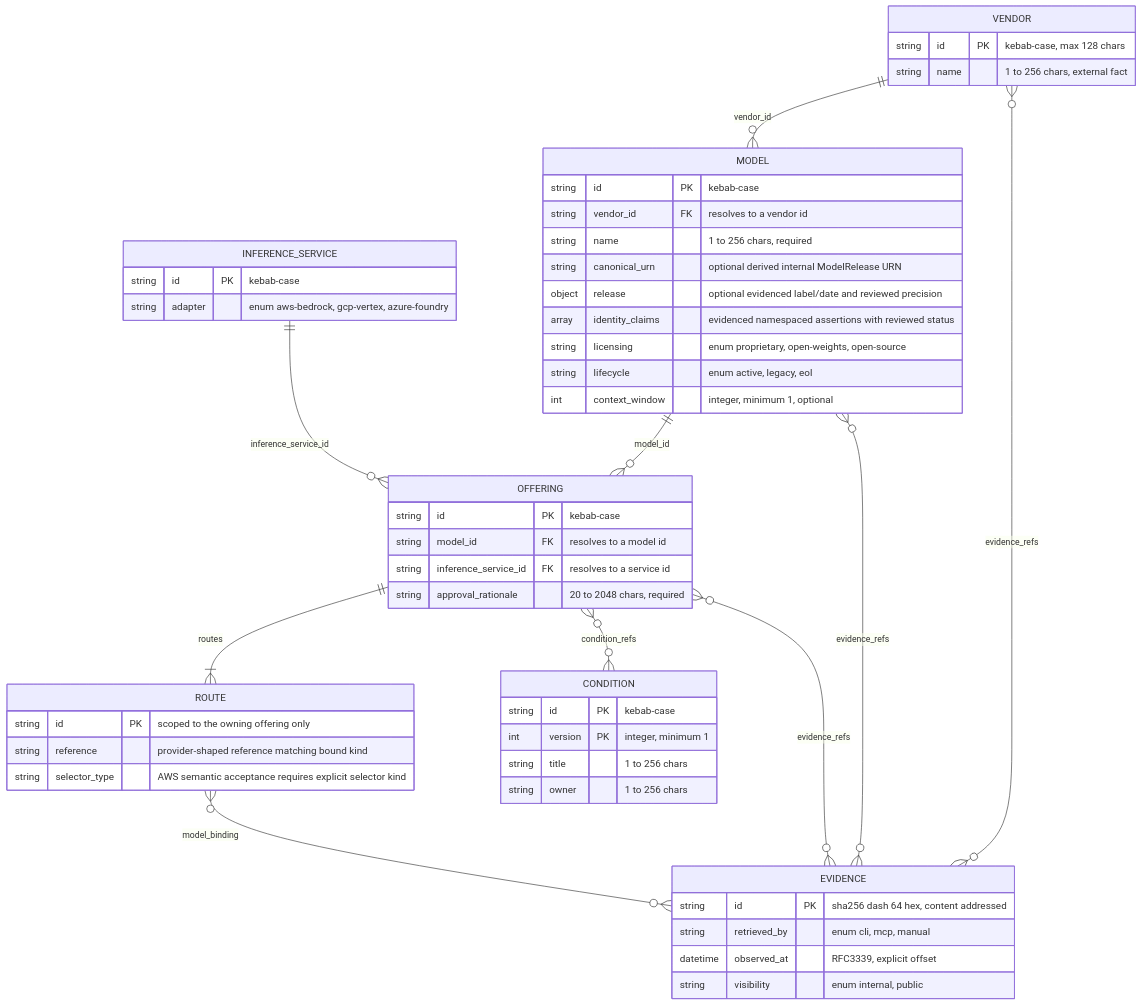
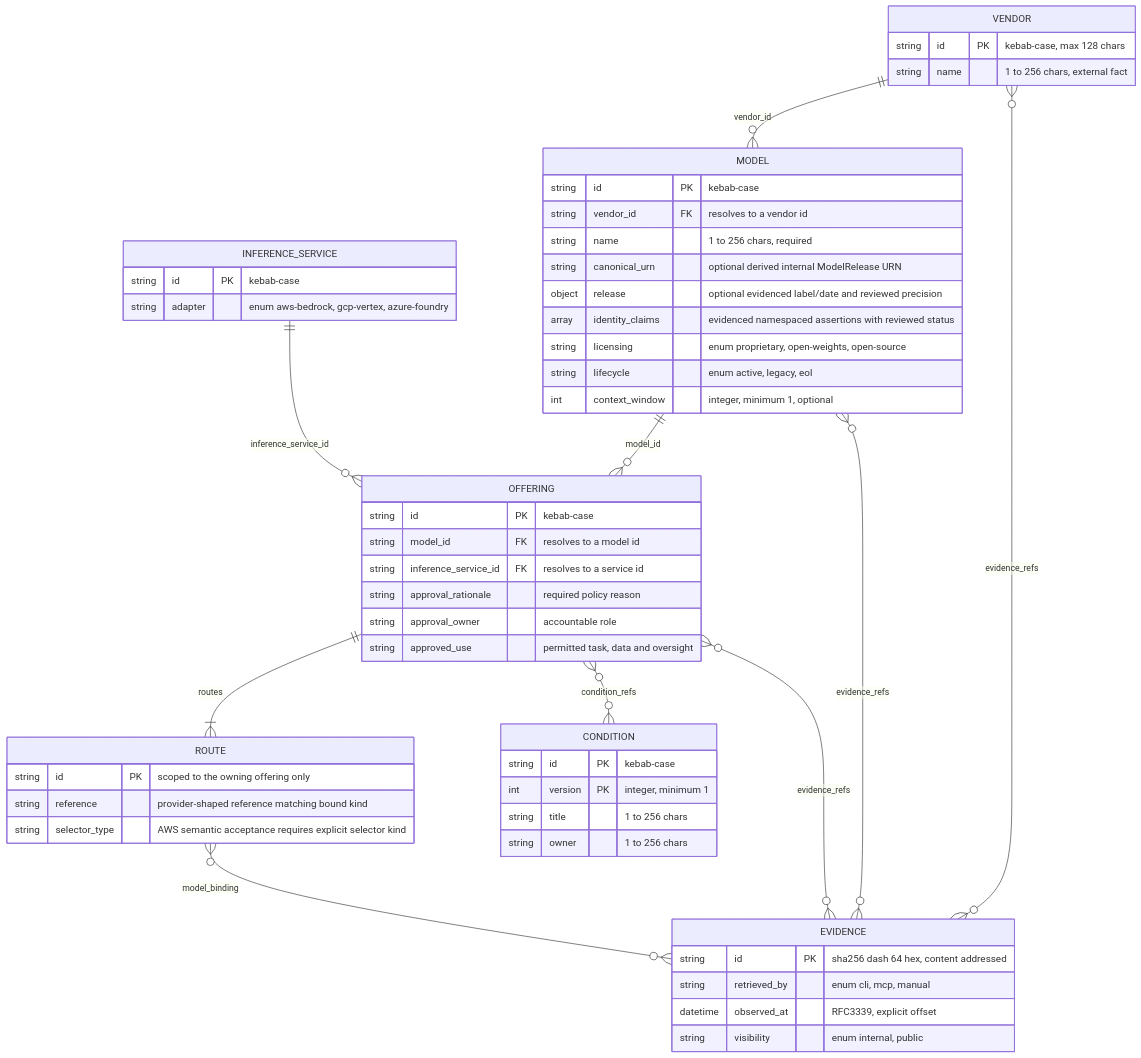
Before and after one commit to j3brns996/Modelo: the diagram in docs/catalogue-schema-ledger.md, drawn with Mermaid. The commit also changed other lines of this file and 76 other files, not shown here.

````diff
--- a/docs/catalogue-schema-ledger.md
+++ b/docs/catalogue-schema-ledger.md
@@ -12,55 +12,57 @@
 ```mermaid
 erDiagram
     VENDOR {
         string id PK "kebab-case, max 128 chars"
         string name "1 to 256 chars, external fact"
     }
     MODEL {
         string id PK "kebab-case"
         string vendor_id FK "resolves to a vendor id"
         string name "1 to 256 chars, required"
         string canonical_urn "optional derived internal ModelRelease URN"
         object release "optional evidenced label/date and reviewed precision"
         array identity_claims "evidenced namespaced assertions with reviewed status"
         string licensing "enum proprietary, open-weights, open-source"
         string lifecycle "enum active, legacy, eol"
         int context_window "integer, minimum 1, optional"
     }
     INFERENCE_SERVICE {
         string id PK "kebab-case"
         string adapter "enum aws-bedrock, gcp-vertex, azure-foundry"
     }
     OFFERING {
         string id PK "kebab-case"
         string model_id FK "resolves to a model id"
         string inference_service_id FK "resolves to a service id"
-        string approval_rationale "20 to 2048 chars, required"
+        string approval_rationale "required policy reason"
+        string approval_owner "accountable role"
+        string approved_use "permitted task, data and oversight"
     }
     ROUTE {
         string id PK "scoped to the owning offering only"
         string reference "provider-shaped reference matching bound kind"
         string selector_type "AWS semantic acceptance requires explicit selector kind"
     }
     CONDITION {
         string id PK "kebab-case"
         int version PK "integer, minimum 1"
         string title "1 to 256 chars"
         string owner "1 to 256 chars"
     }
     EVIDENCE {
         string id PK "sha256 dash 64 hex, content addressed"
         string retrieved_by "enum cli, mcp, manual"
         datetime observed_at "RFC3339, explicit offset"
         string visibility "enum internal, public"
     }
 
     VENDOR ||--o{ MODEL : vendor_id
     MODEL ||--o{ OFFERING : model_id
     INFERENCE_SERVICE ||--o{ OFFERING : inference_service_id
     OFFERING ||--|{ ROUTE : routes
     OFFERING }o--o{ CONDITION : condition_refs
     VENDOR }o--o{ EVIDENCE : evidence_refs
     MODEL }o--o{ EVIDENCE : evidence_refs
     OFFERING }o--o{ EVIDENCE : evidence_refs
     ROUTE }o--o{ EVIDENCE : model_binding
 ```
````
